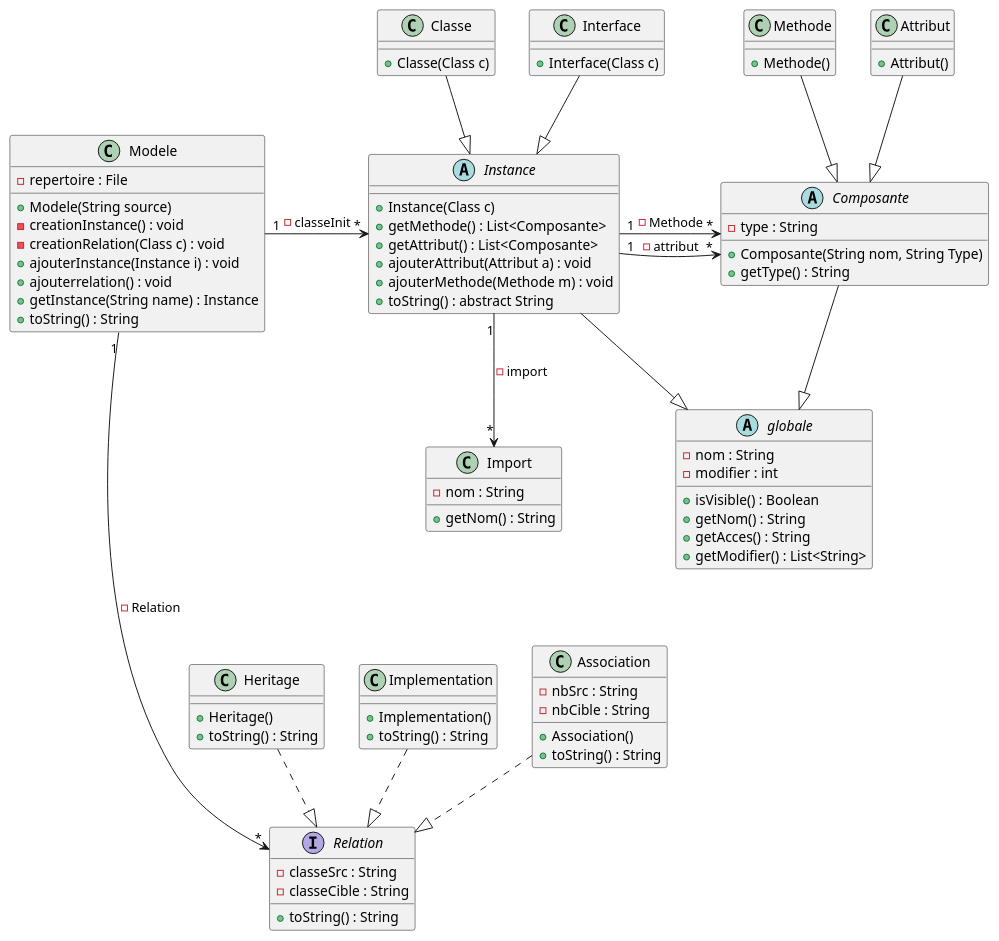
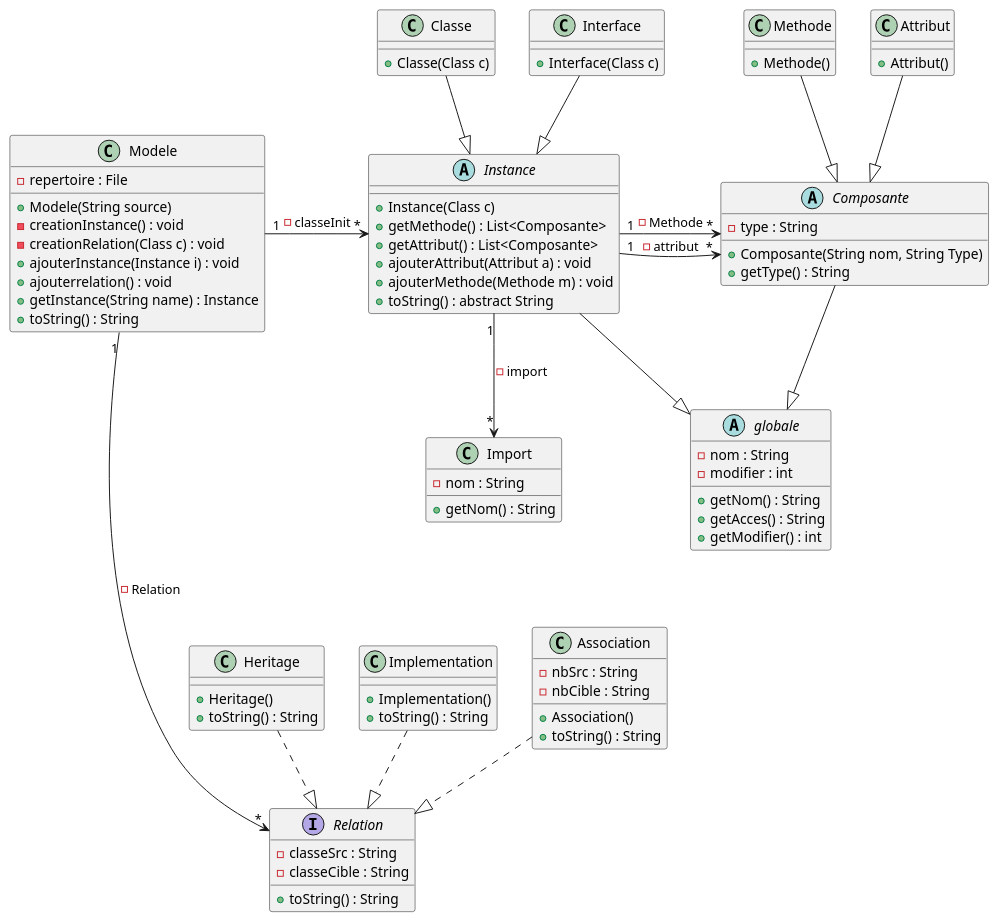
One commit to Cedran-Bastien/GENERATION-AUTOMATIQUE-DE-DIAGRAMME-DE-CLASSES changed the diagram in demo/Conception/Sprint_1/Class.puml. Above: the diagram before and after it, drawn with PlantUML. The commit also changed 1 other file, not shown here.

```diff
--- a/demo/Conception/Sprint_1/Class.puml
+++ b/demo/Conception/Sprint_1/Class.puml
@@ -1,100 +1,99 @@
 @startuml
 'https://plantuml.com/sequence-diagram
 
 abstract Instance{
     +Instance(Class c)
     +getMethode() : List<Composante>
     +getAttribut() : List<Composante>
     +ajouterAttribut(Attribut a) : void
     +ajouterMethode(Methode m) : void
     +toString() : abstract String
 }
 
 class Classe{
     +Classe(Class c)
 }
 
 class Interface{
     +Interface(Class c)
 }
 
 abstract Composante{
     -type : String
     +Composante(String nom, String Type)
     +getType() : String
 
 }
 
 class Methode{
     +Methode()
 }
 
 class Attribut{
     +Attribut()
 }
 
 class Import{
     -nom : String
     +getNom() : String
 }
 
 class Modele{
     -repertoire : File
     +Modele(String source)
     -creationInstance() : void
     -creationRelation(Class c) : void
     +ajouterInstance(Instance i) : void
     +ajouterrelation() : void
     +getInstance(String name) : Instance
     +toString() : String
 }
 
 interface Relation{
     -classeSrc : String
     -classeCible : String
     +toString() : String
 }
 
 class Heritage{
     +Heritage()
     +toString() : String
 }
 
 class Implementation{
     +Implementation()
     +toString() : String
 }
 
 class Association {
     -nbSrc : String
     -nbCible : String
     +Association()
     +toString() : String
 }
 
 abstract globale{
     -nom : String
     -modifier : int
-    +isVisible() : Boolean
     +getNom() : String
     +getAcces() : String
-    +getModifier() : List<String>
+    +getModifier() : int
 }
 
 
 Instance--|>globale
 Composante--|>globale
 Modele "1" -> "*" Instance  : -classeInit
 Instance "1" -> "*" Composante : -attribut
 Instance "1" -> "*" Composante : -Methode
 Instance "1" --> "*" Import : -import
 Classe --|> Instance
 Interface --|> Instance
 Methode --|> Composante
 Attribut --|> Composante
 Modele "1" ----> "*"  Relation : -Relation
 Association ..|> Relation
 Heritage ..|> Relation
 Implementation ..|> Relation
 
 @enduml
```
